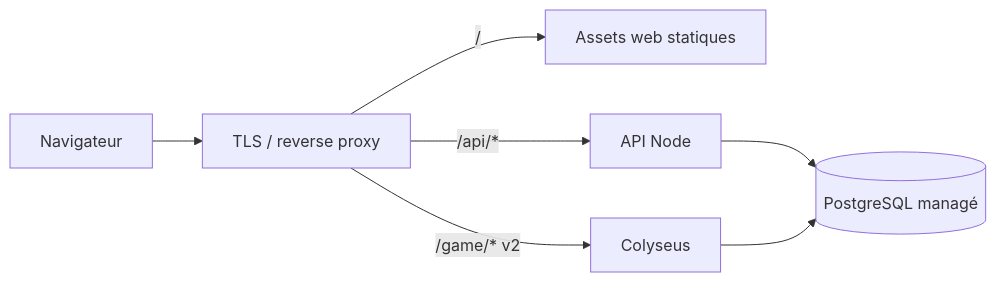
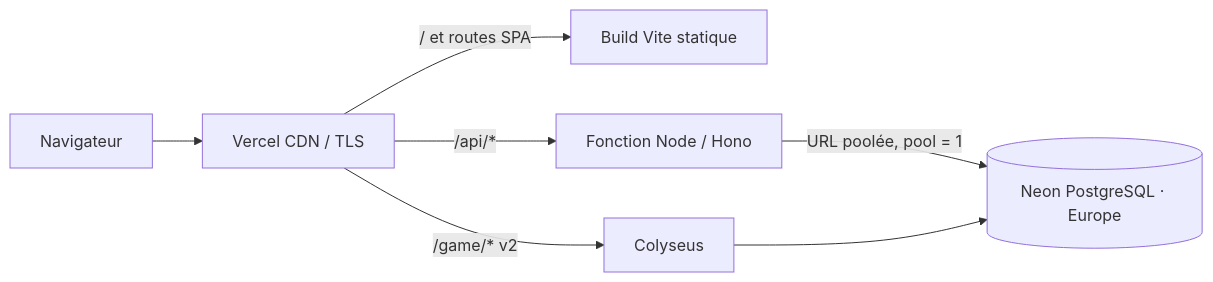
One commit to Danii15321/ThreeStone changed the fourth of 4 diagrams in docs/ARCHITECTURE.md. Above: the diagram before and after it, drawn with Mermaid. The commit also changed other lines of this file and 15 other files, not shown here.

````diff
--- a/docs/ARCHITECTURE.md
+++ b/docs/ARCHITECTURE.md
@@ -854,9 +854,9 @@
 ```mermaid
 flowchart LR
-    Browser["Navigateur"] --> Edge["TLS / reverse proxy"]
-    Edge -->|"/"| Static["Assets web statiques"]
-    Edge -->|"/api/*"| Api["API Node"]
+    Browser["Navigateur"] --> Edge["Vercel CDN / TLS"]
+    Edge -->|"/ et routes SPA"| Static["Build Vite statique"]
+    Edge -->|"/api/*"| Api["Fonction Node / Hono"]
     Edge -->|"/game/* v2"| Game["Colyseus"]
-    Api --> Db[("PostgreSQL managé")]
+    Api -->|URL poolée, pool = 1| Db[("Neon PostgreSQL · Europe")]
     Game --> Db
 ```
````
